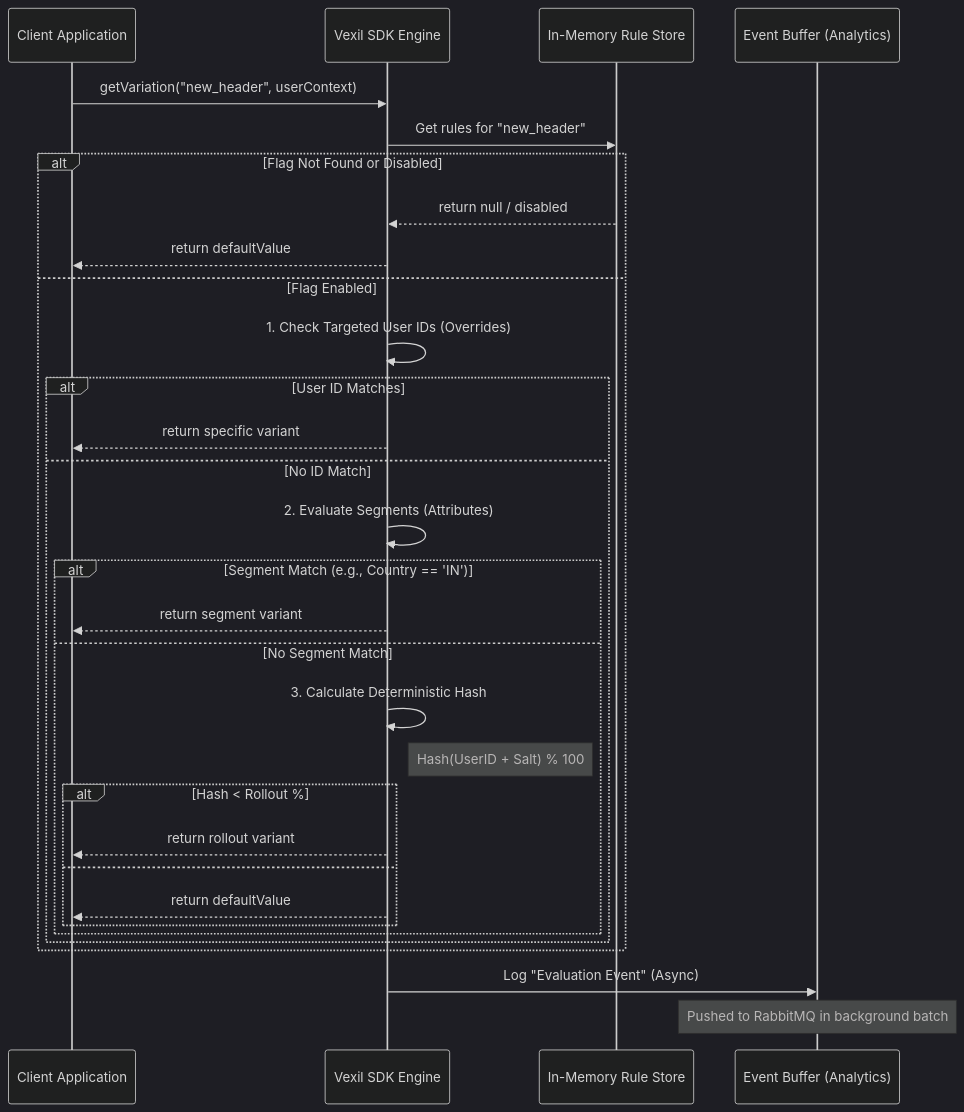
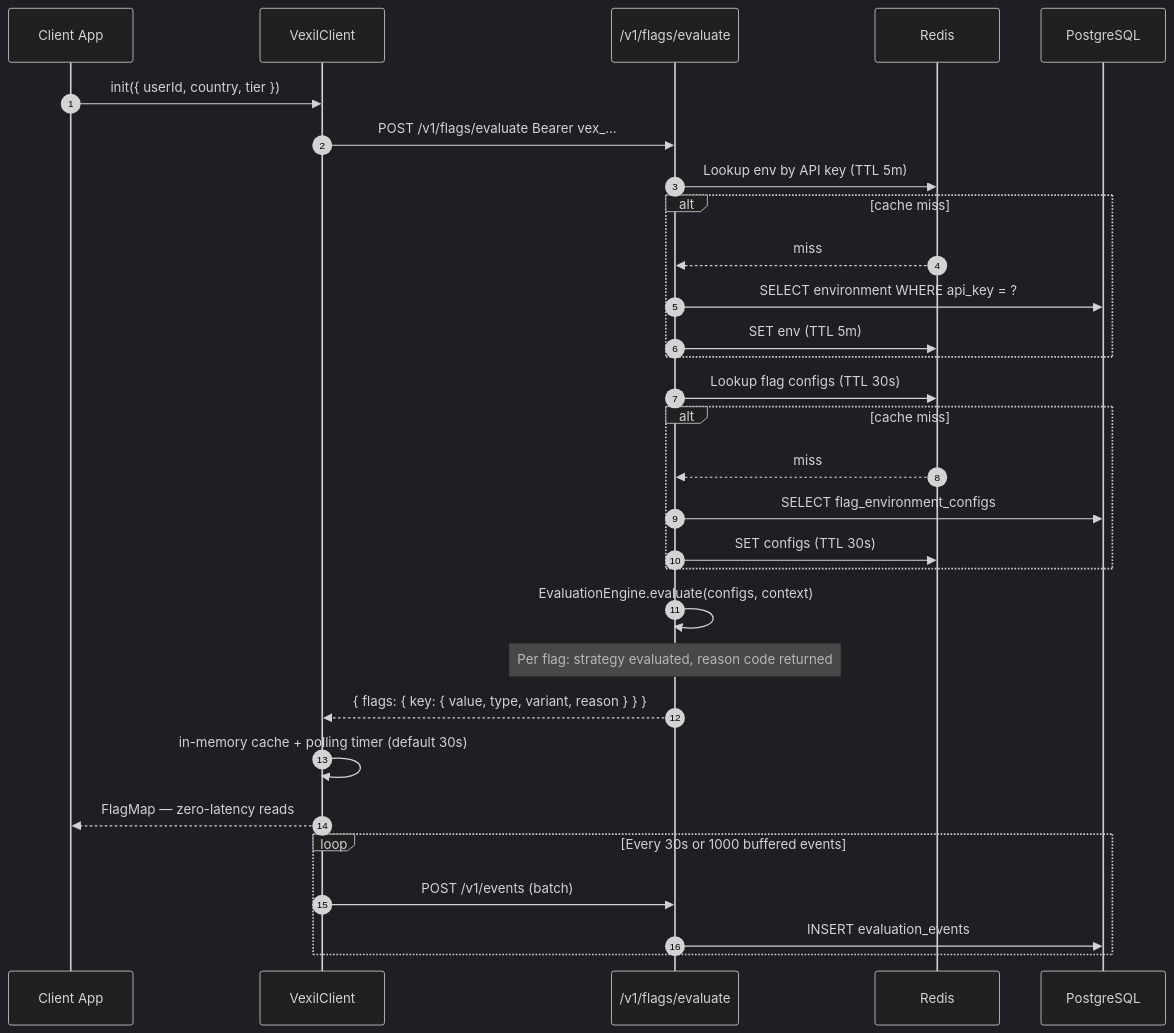
One commit to AbhishekKhot/Vexil changed the second of 5 diagrams in README.md. Above: the diagram before and after it, drawn with Mermaid (dark theme). The commit also changed other lines of this file and 225 other files, not shown here.

````diff
--- a/README.md
+++ b/README.md
@@ -251,36 +83,34 @@
 ```mermaid
 sequenceDiagram
-    participant App as Client Application
-    participant SDK as Vexil SDK Engine
-    participant Store as In-Memory Rule Store
-    participant Tracker as Event Buffer (Analytics)
+    autonumber
+    participant App as Client App
+    participant SDK as VexilClient
+    participant API as /v1/flags/evaluate
+    participant Cache as Redis
+    participant DB as PostgreSQL
 
-    App->>SDK: getVariation("new_header", userContext)
-    SDK->>Store: Get rules for "new_header"
+    App->>SDK: init({ userId, country, tier })
+    SDK->>API: POST /v1/flags/evaluate  Bearer vex_...
+    API->>Cache: Lookup env by API key (TTL 5m)
+    alt cache miss
+        Cache-->>API: miss
+        API->>DB: SELECT environment WHERE api_key = ?
+        API->>Cache: SET env (TTL 5m)
+    end
+    API->>Cache: Lookup flag configs (TTL 30s)
+    alt cache miss
+        Cache-->>API: miss
+        API->>DB: SELECT flag_environment_configs
+        API->>Cache: SET configs (TTL 30s)
+    end
+    API->>API: EvaluationEngine.evaluate(configs, context)
+    Note over API: Per flag: strategy evaluated, reason code returned
+    API-->>SDK: { flags: { key: { value, type, variant, reason } } }
+    SDK->>SDK: in-memory cache + polling timer (default 30s)
+    SDK-->>App: FlagMap — zero-latency reads
 
-    alt Flag Not Found or Disabled
-        Store-->>SDK: return null / disabled
-        SDK-->>App: return defaultValue
-    else Flag Enabled
-        SDK->>SDK: 1. Check Targeted User IDs (Overrides)
-        alt User ID Matches
-            SDK-->>App: return specific variant
-        else No ID Match
-            SDK->>SDK: 2. Evaluate Segments (Attributes)
-            alt Segment Match (e.g., Country == 'IN')
-                SDK-->>App: return segment variant
-            else No Segment Match
-                SDK->>SDK: 3. Calculate Deterministic Hash
-                Note right of SDK: Hash(UserID + Salt) % 100
-                alt Hash < Rollout %
-                    SDK-->>App: return rollout variant
-                else
-                    SDK-->>App: return defaultValue
-                end
-            end
-        end
+    loop Every 30s or 1000 buffered events
+        SDK->>API: POST /v1/events (batch)
+        API->>DB: INSERT evaluation_events
     end
-
-    SDK->>Tracker: Log "Evaluation Event" (Async)
-    Note over Tracker: Pushed to RabbitMQ in background batch
 ```
````
